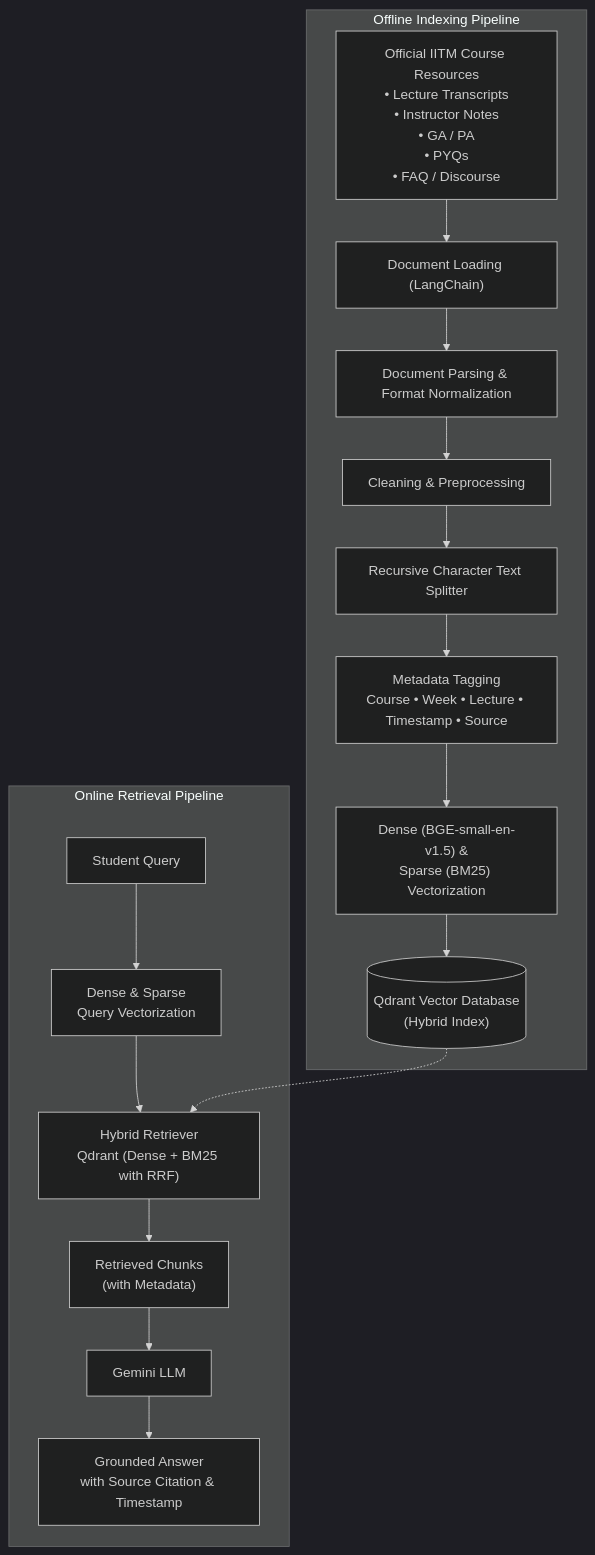
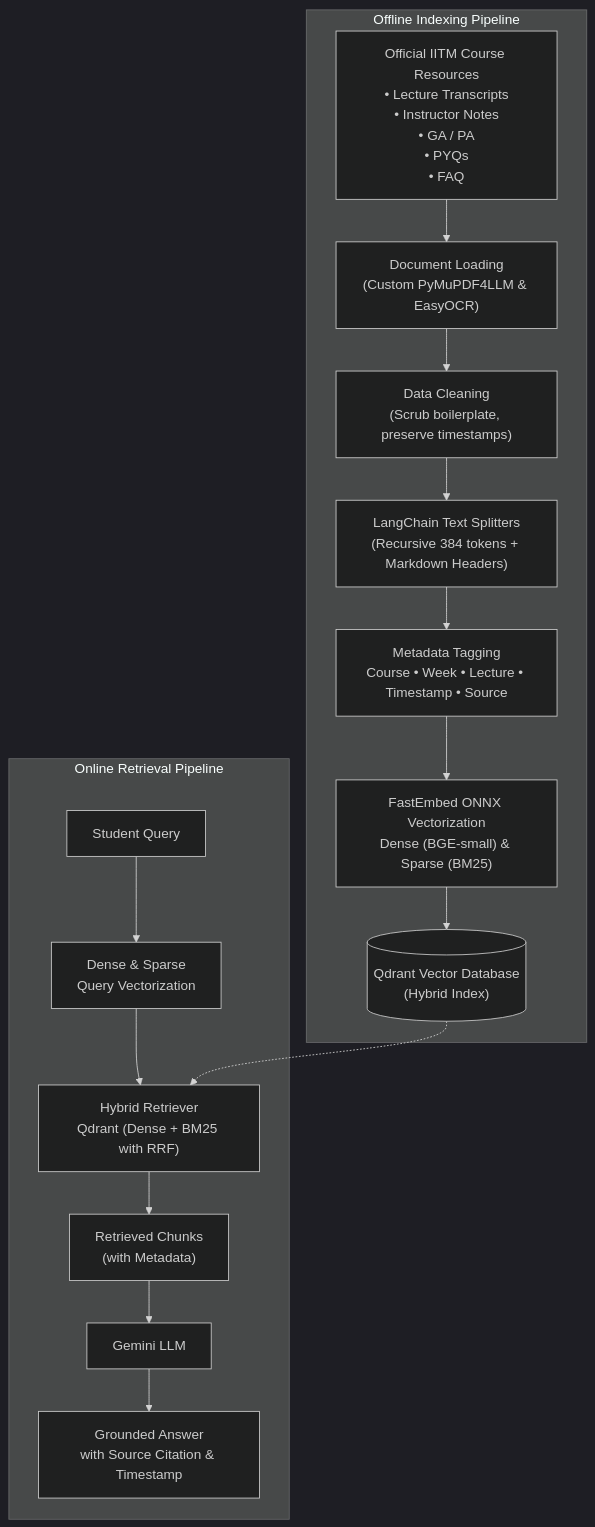
One commit to 22f3001825/Group-3-DS-and-AI-Lab-Project changed the diagram in Milestone report/Milestone 2/Milestone_2.md. Above: the diagram before and after it, drawn with Mermaid (dark theme). The commit also changed other lines of this file and 5 other files, not shown here.

````diff
--- a/Milestone report/Milestone 2/Milestone_2.md
+++ b/Milestone report/Milestone 2/Milestone_2.md
@@ -292,32 +280,31 @@
 ```mermaid
 flowchart TD
 
 subgraph OFF["Offline Indexing Pipeline"]
 
-A["Official IITM Course Resources<br/>• Lecture Transcripts<br/>• Instructor Notes<br/>• GA / PA<br/>• PYQs<br/>• FAQ / Discourse"]
+A["Official IITM Course Resources<br/>• Lecture Transcripts<br/>• Instructor Notes<br/>• GA / PA<br/>• PYQs<br/>• FAQ"]
 
-A --> B["Document Loading (LangChain)"]
-B --> C["Document Parsing & Format Normalization"]
-C --> D["Cleaning & Preprocessing"]
-D --> E["Recursive Character Text Splitter"]
-E --> F["Metadata Tagging<br/>Course • Week • Lecture • Timestamp • Source"]
-F --> G["Dense (BGE-small-en-v1.5) &<br/>Sparse (BM25) Vectorization"]
+A --> B["Document Loading<br/>(Custom PyMuPDF4LLM & EasyOCR)"]
+B --> C["Data Cleaning<br/>(Scrub boilerplate, preserve timestamps)"]
+C --> D["LangChain Text Splitters<br/>(Recursive 384 tokens + Markdown Headers)"]
+D --> F["Metadata Tagging<br/>Course • Week • Lecture • Timestamp • Source"]
+F --> G["FastEmbed ONNX Vectorization<br/>Dense (BGE-small) & Sparse (BM25)"]
 G --> H[("Qdrant Vector Database<br/>(Hybrid Index)")]
 
 end
 
 subgraph ON["Online Retrieval Pipeline"]
 
 I["Student Query"]
 
 I --> J["Dense & Sparse<br/>Query Vectorization"]
 J --> K["Hybrid Retriever<br/>Qdrant (Dense + BM25 with RRF)"]
 
 H -.-> K
 
 K --> L["Retrieved Chunks<br/>(with Metadata)"]
 L --> M["Gemini LLM"]
 M --> N["Grounded Answer<br/>with Source Citation & Timestamp"]
 
 end
 ```
````
